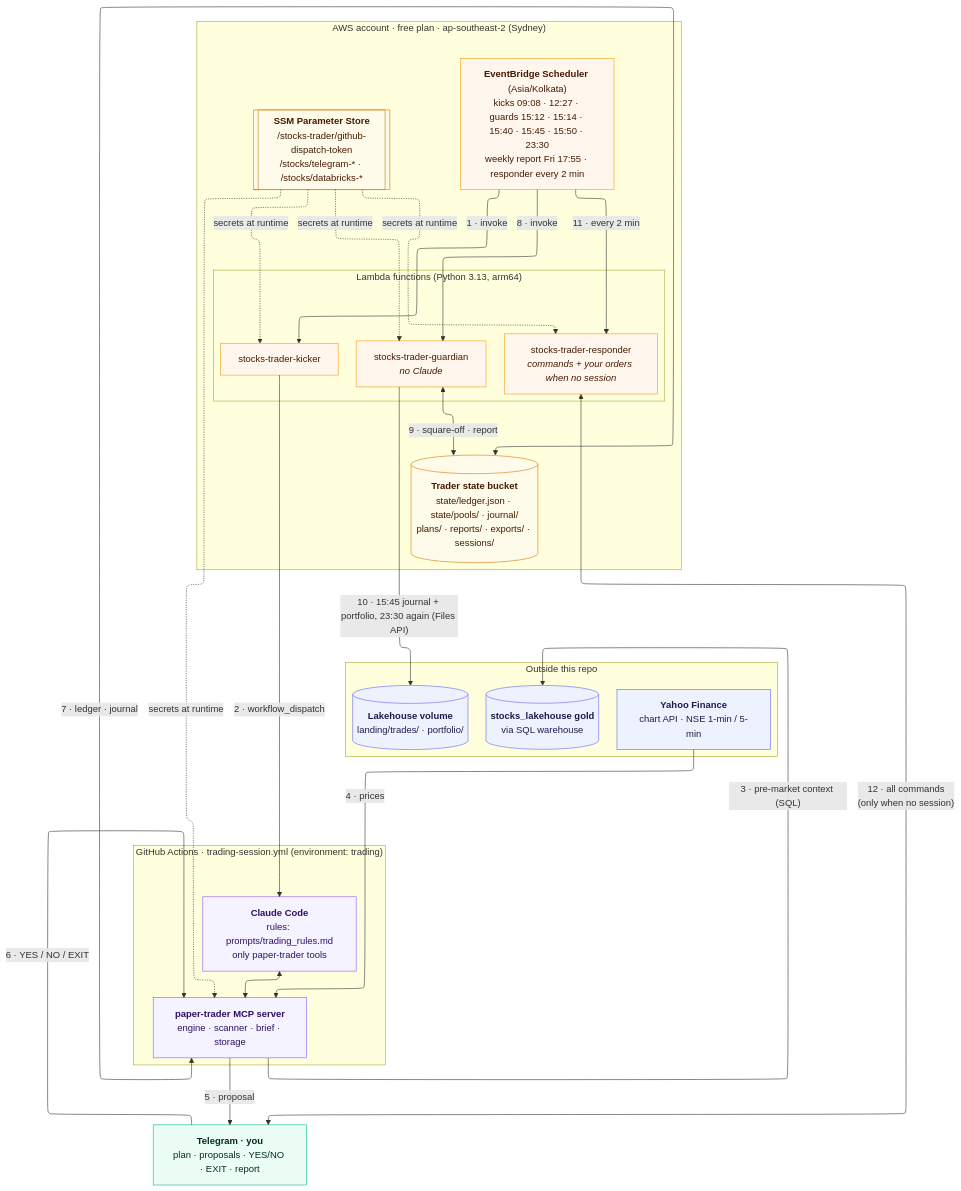
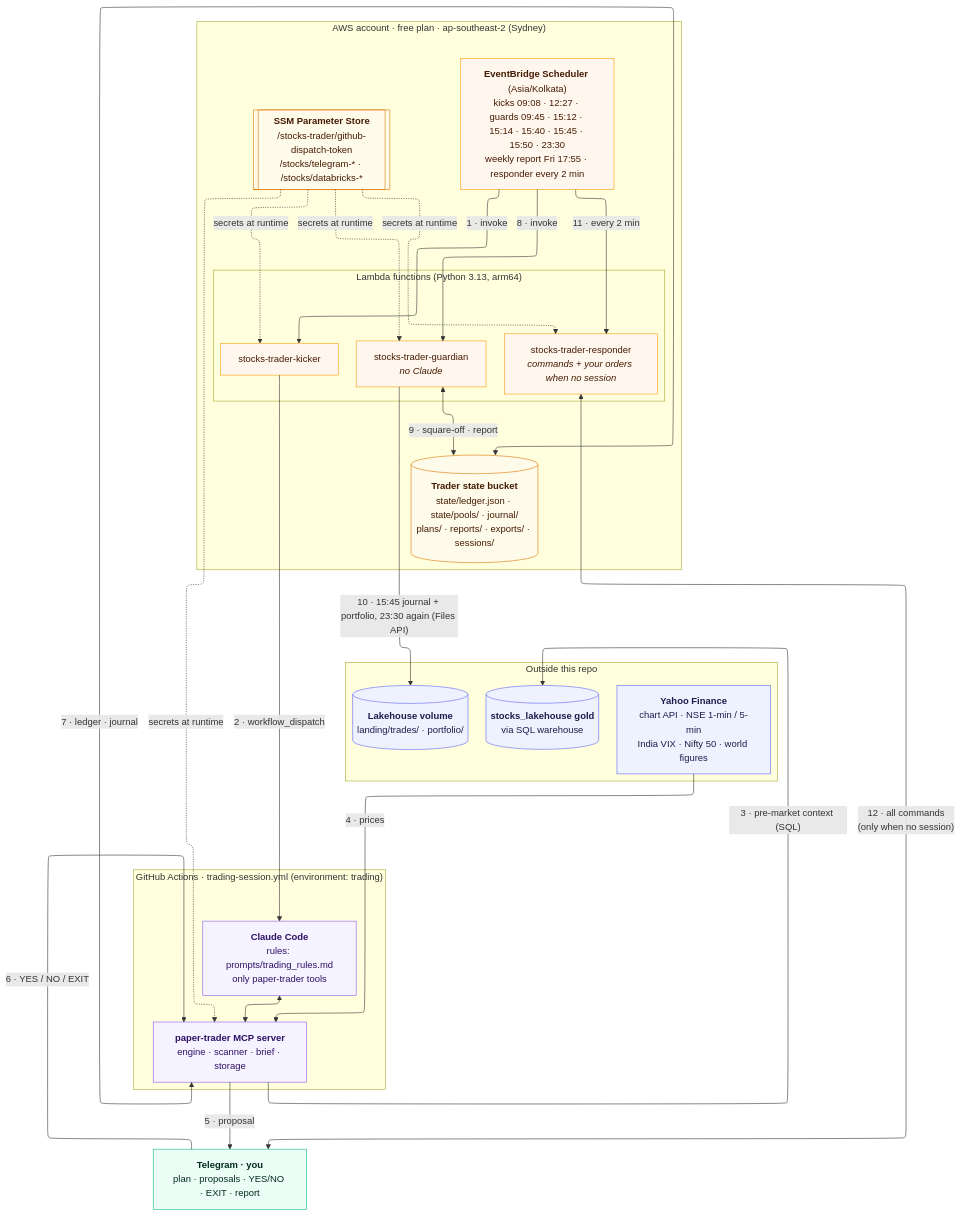
Before and after one commit to bumblebee26/paper-trader: the diagram in docs/diagrams/02_architecture.mmd, drawn with Mermaid. The commit also changed 9 other files, not shown here.

First line of the commit message:
Docs: scanner check, /screen, second swing shadow and India-first plan across README, architecture, operations, platform diagrams (#58)

```diff
--- a/docs/diagrams/02_architecture.mmd
+++ b/docs/diagrams/02_architecture.mmd
@@ -1,61 +1,61 @@
 ---
 config:
   layout: elk
   elk:
     mergeEdges: false
     nodePlacementStrategy: NETWORK_SIMPLEX
 ---
 flowchart TB
     subgraph EXT["Outside this repo"]
         direction LR
-        YF["<b>Yahoo Finance</b><br/>chart API · NSE 1-min / 5-min"]
+        YF["<b>Yahoo Finance</b><br/>chart API · NSE 1-min / 5-min<br/>India VIX · Nifty 50 · world figures"]
         GOLD[("<b>stocks_lakehouse gold</b><br/>via SQL warehouse")]
         VOL[("<b>Lakehouse volume</b><br/>landing/trades/ · portfolio/")]
     end
 
     subgraph AWS["AWS account · free plan · ap-southeast-2 (Sydney)"]
         direction TB
-        SCH["<b>EventBridge Scheduler</b> (Asia/Kolkata)<br/>kicks 09:08 · 12:27 · guards 15:12 · 15:14 · 15:40 · 15:45 · 15:50 · 23:30<br/>weekly report Fri 17:55 · responder every 2 min"]
+        SCH["<b>EventBridge Scheduler</b> (Asia/Kolkata)<br/>kicks 09:08 · 12:27 · guards 09:45 · 15:12 · 15:14 · 15:40 · 15:45 · 15:50 · 23:30<br/>weekly report Fri 17:55 · responder every 2 min"]
         subgraph LAMBDAS["Lambda functions (Python 3.13, arm64)"]
             direction LR
             KICK["stocks-trader-kicker"]
             GUARD["stocks-trader-guardian<br/><i>no Claude</i>"]
             RESP["stocks-trader-responder<br/><i>commands + your orders when no session</i>"]
         end
         S3[("<b>Trader state bucket</b><br/>state/ledger.json · state/pools/ · journal/<br/>plans/ · reports/ · exports/ · sessions/")]
         SSM[["<b>SSM Parameter Store</b><br/>/stocks-trader/github-dispatch-token<br/>/stocks/telegram-* · /stocks/databricks-*"]]
     end
 
     subgraph GHA["GitHub Actions · trading-session.yml (environment: trading)"]
         direction LR
         CC["<b>Claude Code</b><br/>rules: prompts/trading_rules.md<br/>only paper-trader tools"]
         MCP["<b>paper-trader MCP server</b><br/>engine · scanner · brief · storage"]
         CC <--> MCP
     end
 
     TG["<b>Telegram · you</b><br/>plan · proposals · YES/NO · EXIT · report"]
 
     SCH -- "1 · invoke" --> KICK
     KICK -- "2 · workflow_dispatch" --> CC
     MCP -- "3 · pre-market context (SQL)" --> GOLD
     YF -- "4 · prices" --> MCP
     MCP -- "5 · proposal" --> TG
     TG -- "6 · YES / NO / EXIT" --> MCP
     MCP <-- "7 · ledger · journal" --> S3
     SCH -- "8 · invoke" --> GUARD
     GUARD <-- "9 · square-off · report" --> S3
     GUARD -- "10 · 15:45 journal + portfolio, 23:30 again (Files API)" --> VOL
     SCH -- "11 · every 2 min" --> RESP
     RESP <-- "12 · all commands<br/>(only when no session)" --> TG
     SSM -. "secrets at runtime" .-> KICK & GUARD & RESP & MCP
 
     classDef ext fill:#eef2ff,stroke:#6366f1,color:#1e1b4b
     classDef aws fill:#fff7ed,stroke:#f59e0b,color:#451a03
     classDef store fill:#fffbeb,stroke:#d97706,color:#451a03
     classDef trader fill:#f5f3ff,stroke:#8b5cf6,color:#2e1065
     classDef out fill:#ecfdf5,stroke:#10b981,color:#022c22
     class YF,GOLD,VOL ext
     class SCH,KICK,GUARD,RESP aws
     class S3,SSM store
     class CC,MCP trader
     class TG out
```
